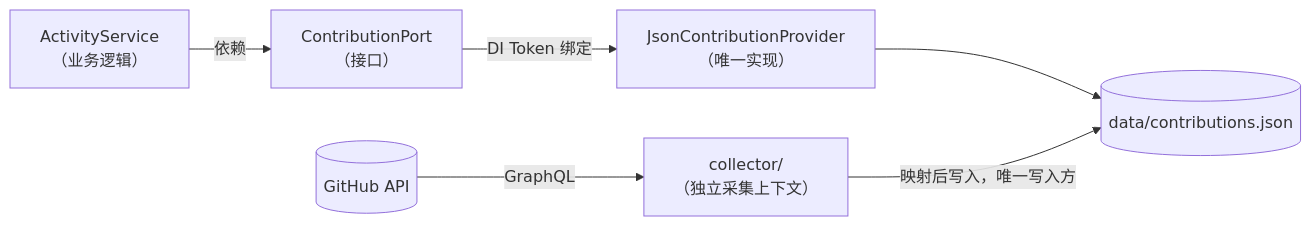
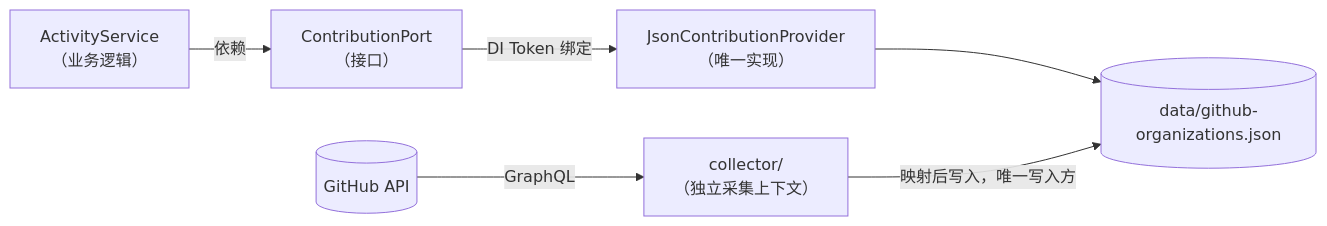
One commit to huang2001junjie-rgb/openan-operation-insights changed the fourth of 8 diagrams in docs/01-architecture-overview.md. Above: the diagram before and after it, drawn with Mermaid. The commit also changed other lines of this file and 88 other files, not shown here.

````diff
--- a/docs/01-architecture-overview.md
+++ b/docs/01-architecture-overview.md
@@ -228,8 +228,8 @@
 ```mermaid
 flowchart LR
   S["ActivityService<br/>（业务逻辑）"] -->|依赖| P["ContributionPort<br/>（接口）"]
   P -->|DI Token 绑定| A1["JsonContributionProvider<br/>（唯一实现）"]
-  A1 --> D[("data/contributions.json")]
+  A1 --> D[("data/github-organizations.json")]
   G[("GitHub API")] -->|GraphQL| C["collector/<br/>（独立采集上下文）"]
   C -->|映射后写入，唯一写入方| D
 ```
````
